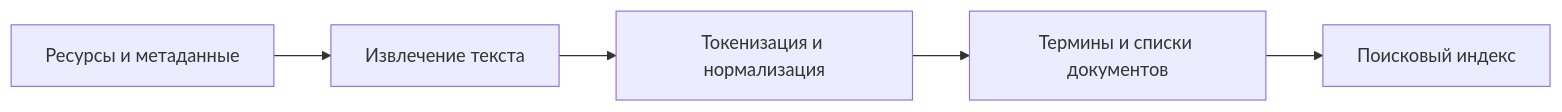
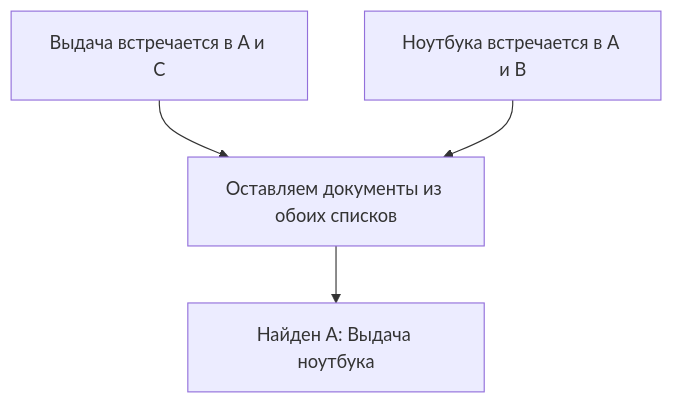
Before and after one commit to DanilChyksin/OP.09_Osnovy_raboty_s_informatsiei: the diagram in Лекция 2.3 — Каталогизация и индексирование.md, drawn with Mermaid. The commit also changed other lines of this file and 5 other files, not shown here.

````diff
--- a/Лекция 2.3 — Каталогизация и индексирование.md
+++ b/Лекция 2.3 — Каталогизация и индексирование.md
@@ -203,7 +69,6 @@
 ```mermaid
-flowchart LR
-    A[Ресурсы и метаданные] --> B[Извлечение текста]
-    B --> C[Токенизация и нормализация]
-    C --> D[Термины и списки документов]
-    D --> E[Поисковый индекс]
+flowchart TD
+    A["Выдача встречается в A и C"] --> C["Оставляем документы из обоих списков"]
+    B["Ноутбука встречается в A и B"] --> C
+    C --> D["Найден A: Выдача ноутбука"]
 ```
````
